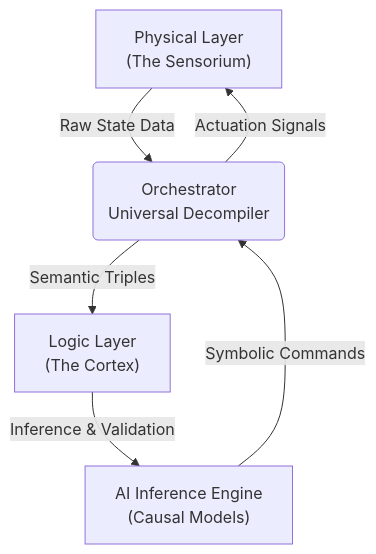
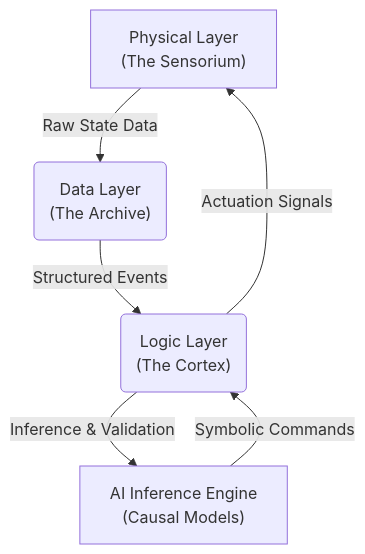
One commit to pajew-ski/exocortex changed the diagram in README.md. Above: the diagram before and after it, drawn with Mermaid. The commit also changed other lines of this file and 3 other files, not shown here.

Commit message:
feat: add Cortex for semantic knowledge graph management and update system architecture documentation

````diff
--- a/README.md
+++ b/README.md
@@ -15,8 +15,8 @@
 ```mermaid
 graph TD
-    A["Physical Layer<br/>(The Sensorium)"] -->|Raw State Data| B("Orchestrator<br/>Universal Decompiler")
-    B -->|Semantic Triples| C["Logic Layer<br/>(The Cortex)"]
+    A["Physical Layer<br/>(The Sensorium)"] -->|Raw State Data| B("Data Layer<br/>(The Archive)")
+    B -->|Structured Events| C("Logic Layer<br/>(The Cortex)")
     C -->|Inference & Validation| D["AI Inference Engine<br/>(Causal Models)"]
-    D -->|Symbolic Commands| B
-    B -->|Actuation Signals| A
+    D -->|Symbolic Commands| C
+    C -->|Actuation Signals| A
 ```
````
